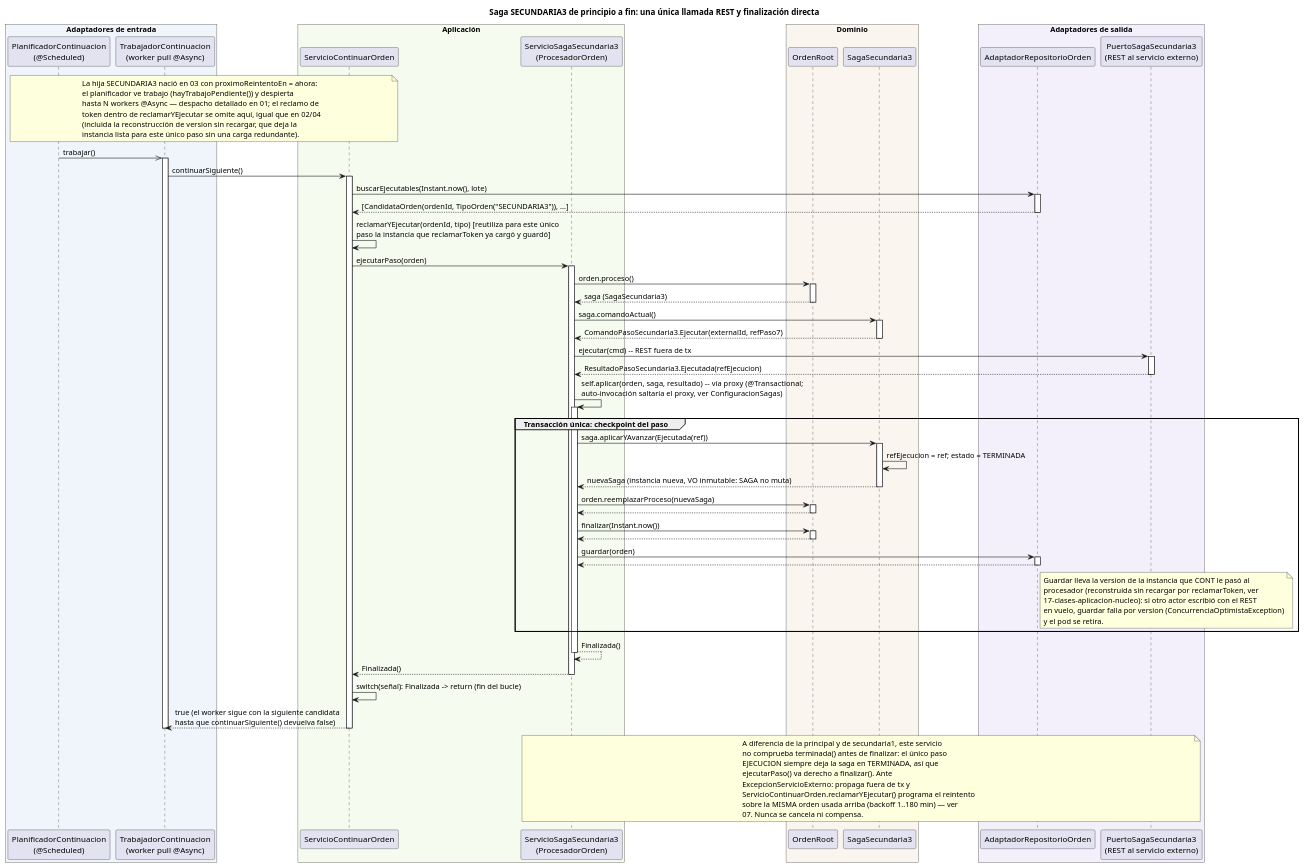
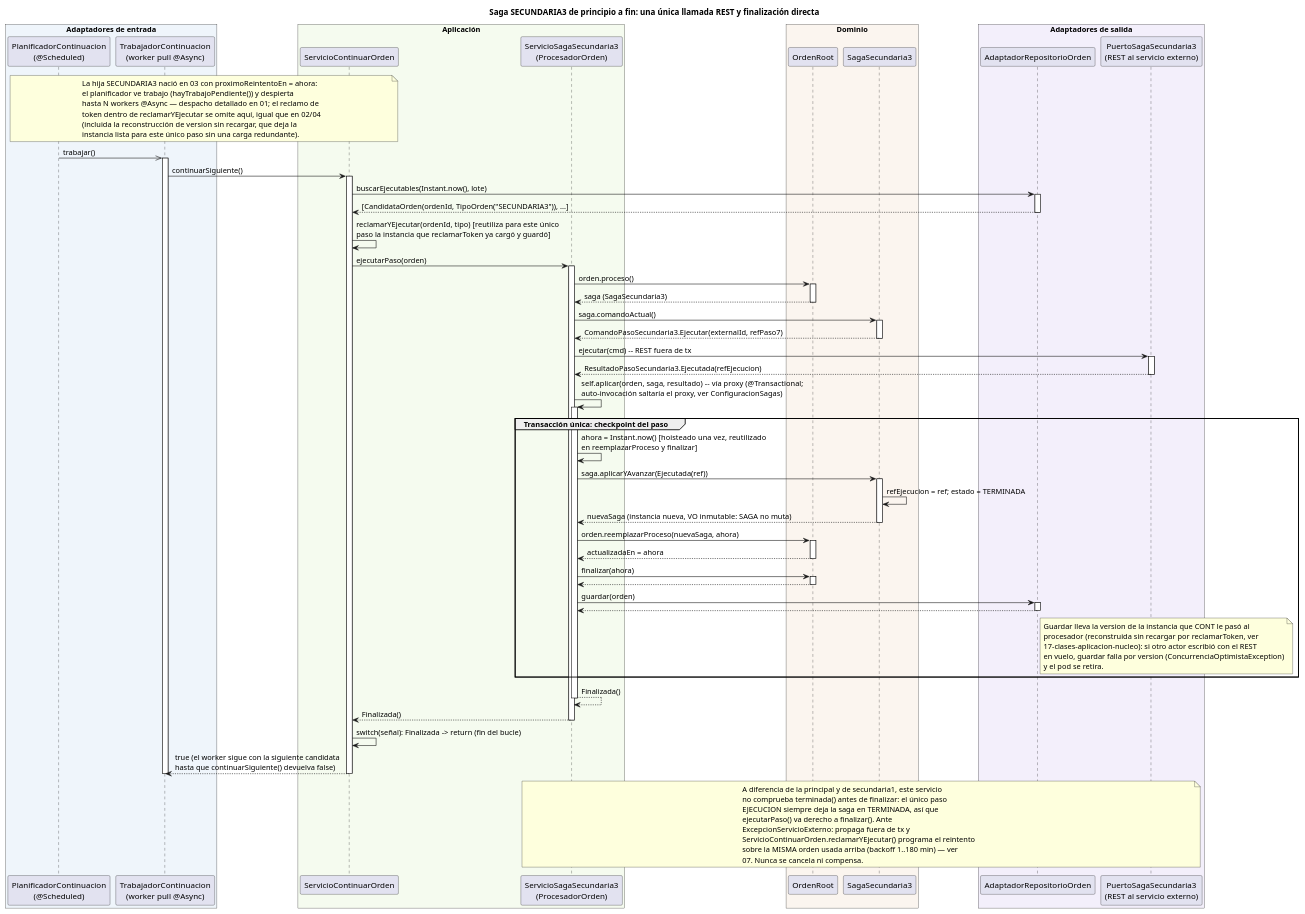
The diagram in order-manager/docs/06-saga-secundaria3.puml (ralcazar/patrones), drawn with PlantUML before and after one commit. The commit also changed 56 other files, not shown here.

First line of the commit message:
Modela creada_en y actualizada_en en el dominio de la orden

```diff
--- a/order-manager/docs/06-saga-secundaria3.puml
+++ b/order-manager/docs/06-saga-secundaria3.puml
@@ -1,78 +1,79 @@
 @startuml 06-saga-secundaria3
 title Saga SECUNDARIA3 de principio a fin: una única llamada REST y finalización directa
 
 box "Adaptadores de entrada" #EFF5FB
   participant "PlanificadorContinuacion\n(@Scheduled)" as PLAN
   participant "TrabajadorContinuacion\n(worker pull @Async)" as TRAB
 end box
 box "Aplicación" #F5FBEF
   participant "ServicioContinuarOrden" as CONT
   participant "ServicioSagaSecundaria3\n(ProcesadorOrden)" as ORQ
 end box
 box "Dominio" #FBF5EF
   participant "OrdenRoot" as ORDEN
   participant "SagaSecundaria3" as SAGA
 end box
 box "Adaptadores de salida" #F3EFFB
   participant "AdaptadorRepositorioOrden" as REPO
   participant "PuertoSagaSecundaria3\n(REST al servicio externo)" as PSIM
 end box
 
 note over PLAN, CONT
   La hija SECUNDARIA3 nació en 03 con proximoReintentoEn = ahora:
   el planificador ve trabajo (hayTrabajoPendiente()) y despierta
   hasta N workers @Async — despacho detallado en 01; el reclamo de
   token dentro de reclamarYEjecutar se omite aquí, igual que en 02/04
   (incluida la reconstrucción de version sin recargar, que deja la
   instancia lista para este único paso sin una carga redundante).
 end note
 
 PLAN ->> TRAB : trabajar()
 activate TRAB
 TRAB -> CONT ++ : continuarSiguiente()
 CONT -> REPO ++ : buscarEjecutables(Instant.now(), lote)
 return [CandidataOrden(ordenId, TipoOrden("SECUNDARIA3")), ...]
 CONT -> CONT : reclamarYEjecutar(ordenId, tipo)  [reutiliza para este único\npaso la instancia que reclamarToken ya cargó y guardó]
 CONT -> ORQ ++ : ejecutarPaso(orden)
 ORQ -> ORDEN ++ : orden.proceso()
 return saga (SagaSecundaria3)
 ORQ -> SAGA ++ : saga.comandoActual()
 return ComandoPasoSecundaria3.Ejecutar(externalId, refPaso7)
 ORQ -> PSIM ++ : ejecutar(cmd) -- REST fuera de tx
 return ResultadoPasoSecundaria3.Ejecutada(refEjecucion)
 ORQ -> ORQ ++ : self.aplicar(orden, saga, resultado)  -- vía proxy (@Transactional;\nauto-invocación saltaría el proxy, ver ConfiguracionSagas)
 group Transacción única: checkpoint del paso
+  ORQ -> ORQ : ahora = Instant.now()  [hoisteado una vez, reutilizado\nen reemplazarProceso y finalizar]
   ORQ -> SAGA ++ : saga.aplicarYAvanzar(Ejecutada(ref))
   SAGA -> SAGA : refEjecucion = ref; estado = TERMINADA
   return nuevaSaga (instancia nueva, VO inmutable: SAGA no muta)
-  ORQ -> ORDEN ++ : orden.reemplazarProceso(nuevaSaga)
-  return
-  ORQ -> ORDEN ++ : finalizar(Instant.now())
+  ORQ -> ORDEN ++ : orden.reemplazarProceso(nuevaSaga, ahora)
+  return actualizadaEn = ahora
+  ORQ -> ORDEN ++ : finalizar(ahora)
   return
   ORQ -> REPO ++ : guardar(orden)
   return
   note right of REPO
     Guardar lleva la version de la instancia que CONT le pasó al
     procesador (reconstruida sin recargar por reclamarToken, ver
     17-clases-aplicacion-nucleo): si otro actor escribió con el REST
     en vuelo, guardar falla por version (ConcurrenciaOptimistaException)
     y el pod se retira.
   end note
 end
 return Finalizada()
 return Finalizada()
 CONT -> CONT : switch(señal): Finalizada -> return (fin del bucle)
 return true (el worker sigue con la siguiente candidata\nhasta que continuarSiguiente() devuelva false)
 deactivate TRAB
 
 note over ORQ, PSIM
   A diferencia de la principal y de secundaria1, este servicio
   no comprueba terminada() antes de finalizar: el único paso
   EJECUCION siempre deja la saga en TERMINADA, así que
   ejecutarPaso() va derecho a finalizar(). Ante
   ExcepcionServicioExterno: propaga fuera de tx y
   ServicioContinuarOrden.reclamarYEjecutar() programa el reintento
   sobre la MISMA orden usada arriba (backoff 1..180 min) — ver
   07. Nunca se cancela ni compensa.
 end note
 @enduml
```
